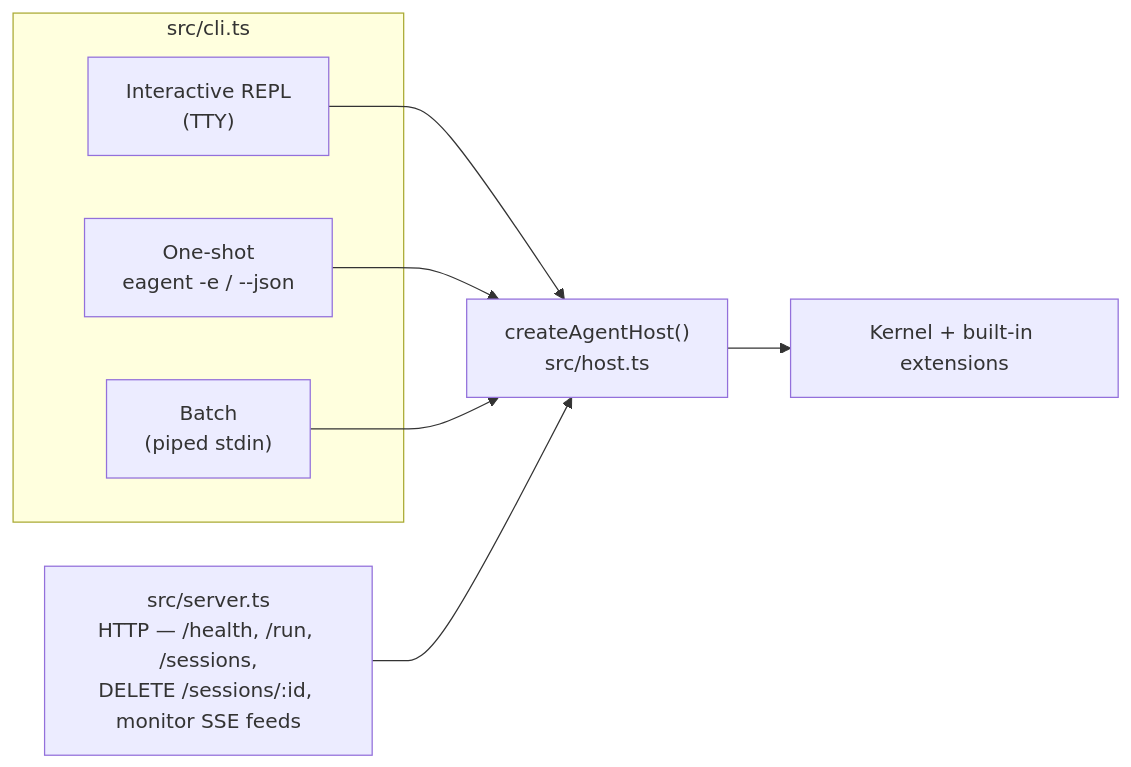
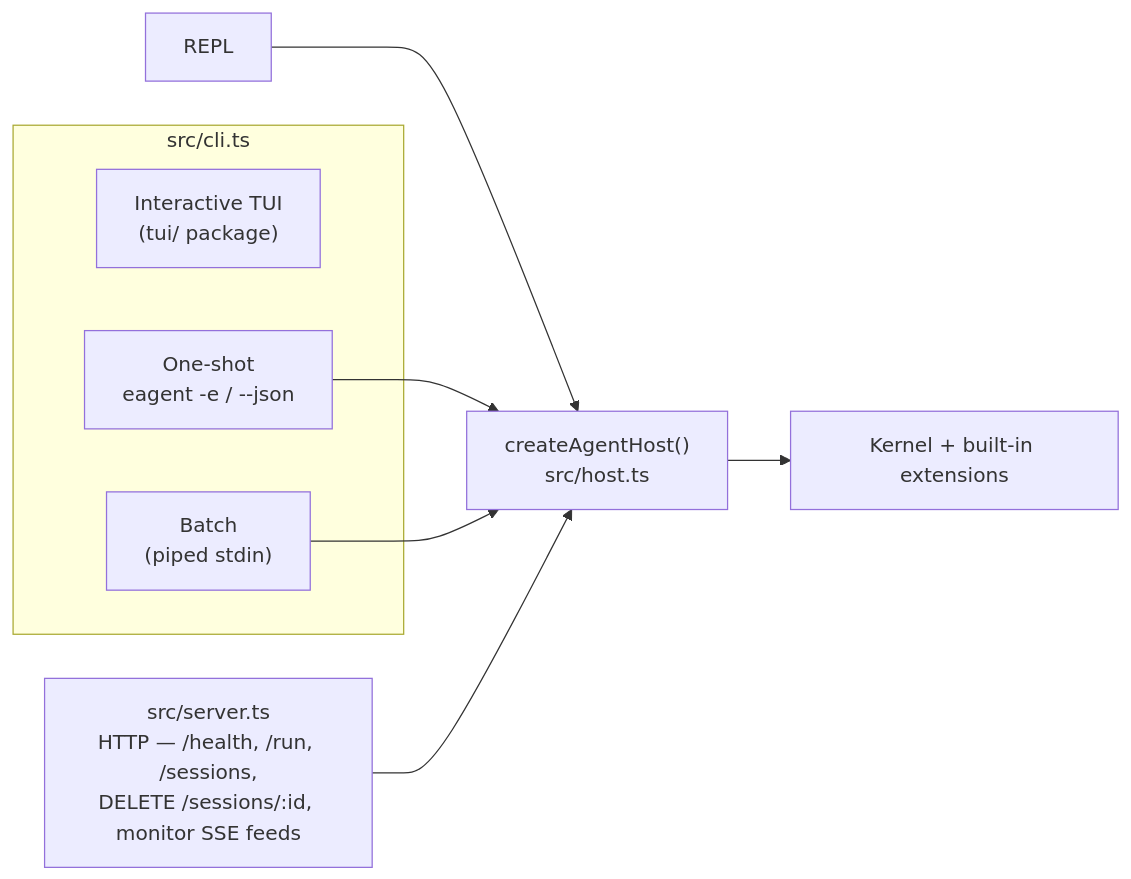
The fifth of 5 diagrams in README.md (caohaotiantian/EAgent), drawn with Mermaid before and after one commit. The commit also changed other lines of this file and 10 other files, not shown here.

````diff
--- a/README.md
+++ b/README.md
@@ -336,16 +336,16 @@
 ```mermaid
 flowchart LR
     subgraph CLI["src/cli.ts"]
-        REPL["Interactive REPL<br/>(TTY)"]
+        TUI["Interactive TUI<br/>(tui/ package)"]
         ONE["One-shot<br/>eagent -e / --json"]
         BATCH["Batch<br/>(piped stdin)"]
     end
     SRV["src/server.ts<br/>HTTP — /health, /run, /sessions,<br/>DELETE /sessions/:id, monitor SSE feeds"]
     HOST["createAgentHost()<br/>src/host.ts"]
     K["Kernel + built-in extensions"]
     REPL --> HOST
     ONE --> HOST
     BATCH --> HOST
     SRV --> HOST
     HOST --> K
 ```
````
